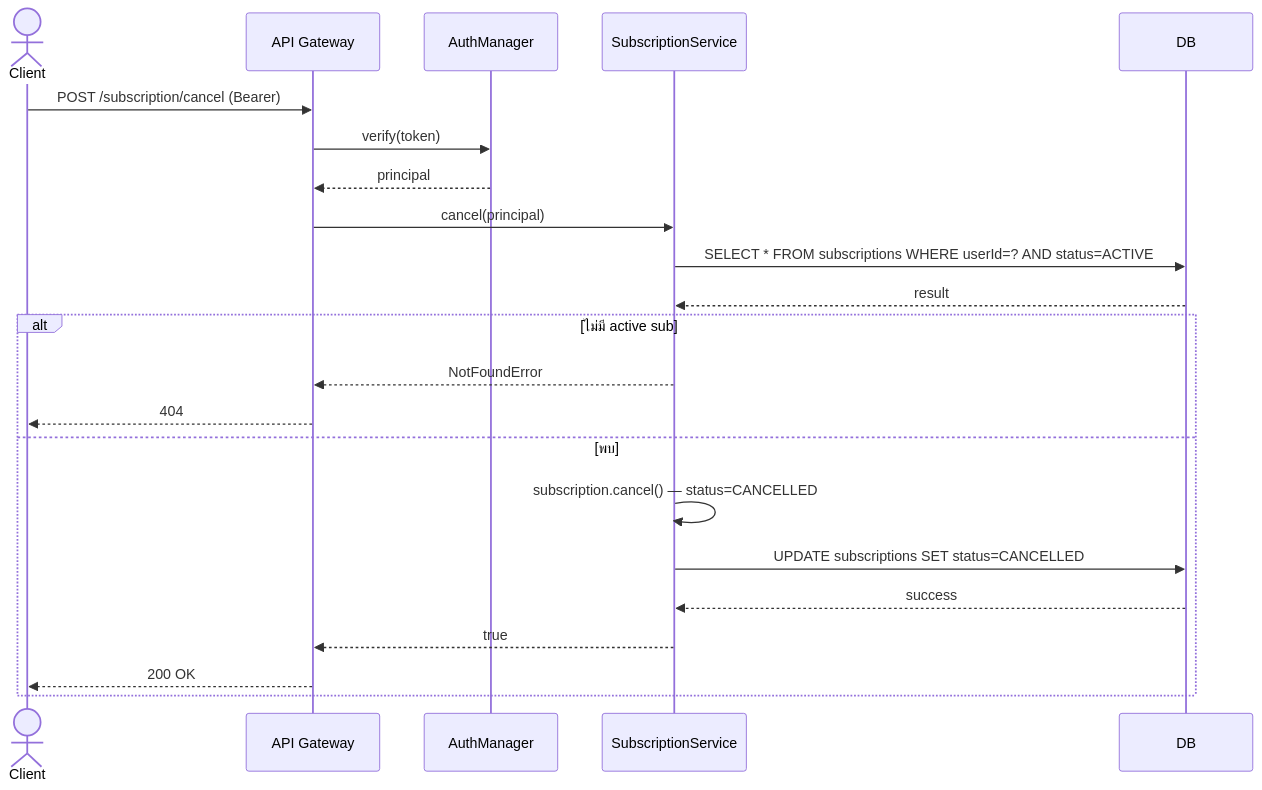
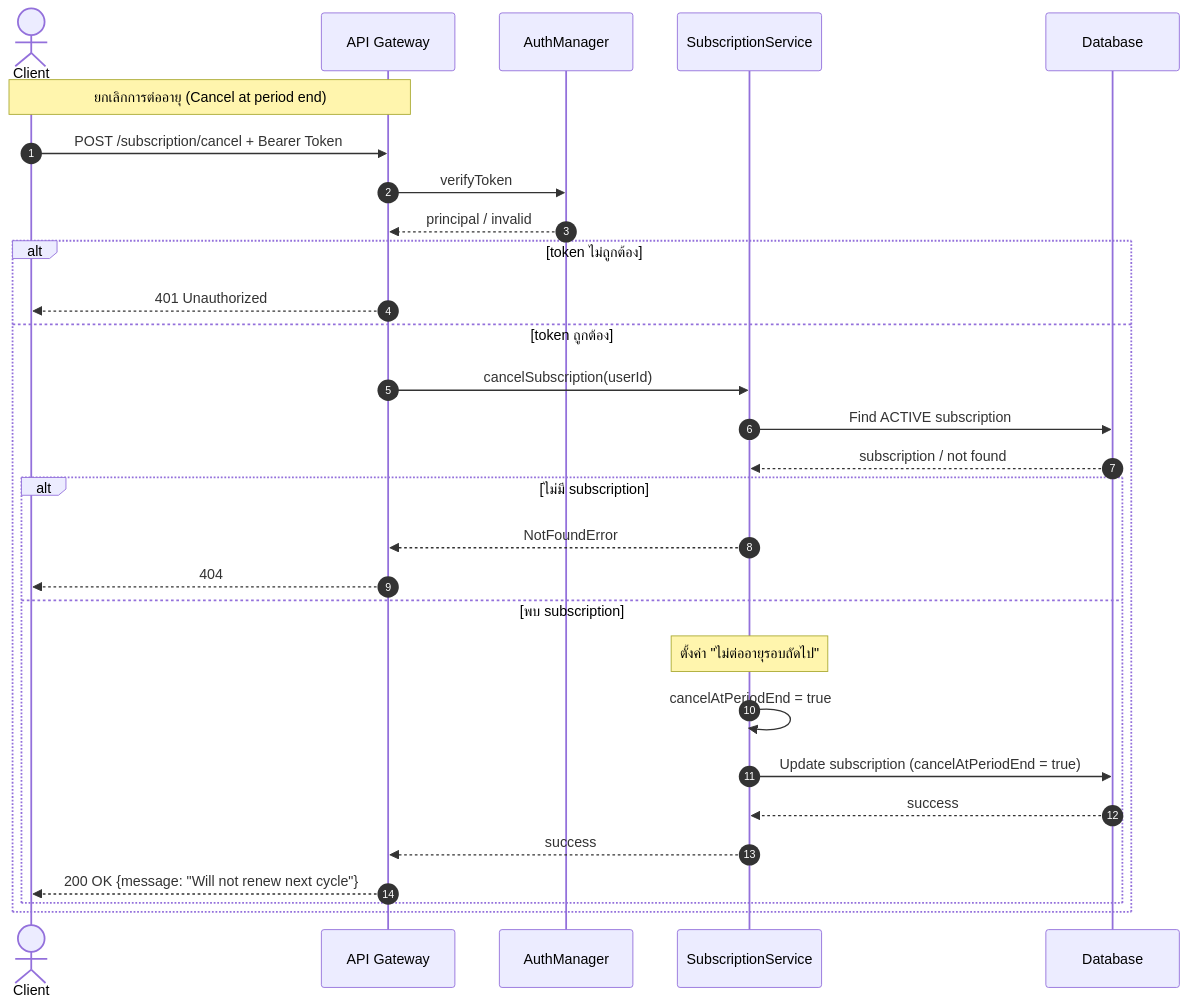
Before and after one commit to Bank-e/Music-Video-Streaming-Subscription-System: the third of 5 diagrams in doc/sequence_03_subscription.md, drawn with Mermaid. The commit also changed other lines of this file and 4 other files, not shown here.

````diff
--- a/doc/sequence_03_subscription.md
+++ b/doc/sequence_03_subscription.md
@@ -75,26 +115,40 @@
 ```mermaid
 sequenceDiagram
-  actor Client
-  participant API as API Gateway
-  participant AM as AuthManager
-  participant SS as SubscriptionService
-  participant DB
+    autonumber
+    actor Client
+    participant API as API Gateway
+    participant AM as AuthManager
+    participant SS as SubscriptionService
+    participant DB as Database
 
-  Client->>API: POST /subscription/cancel (Bearer)
-  API->>AM: verify(token)
-  AM-->>API: principal
-  API->>SS: cancel(principal)
-  SS->>DB: SELECT * FROM subscriptions WHERE userId=? AND status=ACTIVE
-  DB-->>SS: result
-  alt ไม่มี active sub
-    SS-->>API: NotFoundError
-    API-->>Client: 404
-  else พบ
-    SS->>SS: subscription.cancel() — status=CANCELLED
-    SS->>DB: UPDATE subscriptions SET status=CANCELLED
-    DB-->>SS: success
-    SS-->>API: true
-    API-->>Client: 200 OK
-  end
+    Note over Client,API: ยกเลิกการต่ออายุ (Cancel at period end)
 
+    Client->>API: POST /subscription/cancel + Bearer Token
+
+    API->>AM: verifyToken
+    AM-->>API: principal / invalid
+
+    alt token ไม่ถูกต้อง
+        API-->>Client: 401 Unauthorized
+    else token ถูกต้อง
+        API->>SS: cancelSubscription(userId)
+
+        SS->>DB: Find ACTIVE subscription
+        DB-->>SS: subscription / not found
+
+        alt ไม่มี subscription
+            SS-->>API: NotFoundError
+            API-->>Client: 404
+        else พบ subscription
+
+            Note over SS: ตั้งค่า "ไม่ต่ออายุรอบถัดไป"
+            SS->>SS: cancelAtPeriodEnd = true
+
+            SS->>DB: Update subscription (cancelAtPeriodEnd = true)
+            DB-->>SS: success
+
+            SS-->>API: success
+            API-->>Client: 200 OK {message: "Will not renew next cycle"}
+        end
+    end
 ```
````
